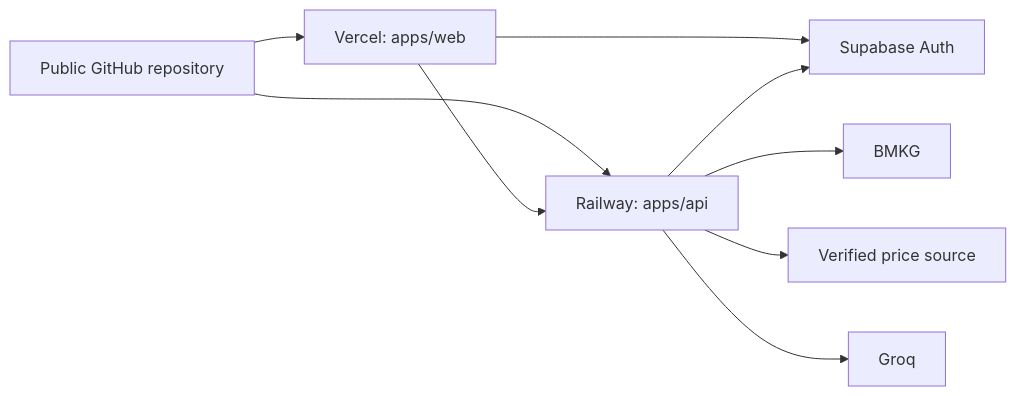
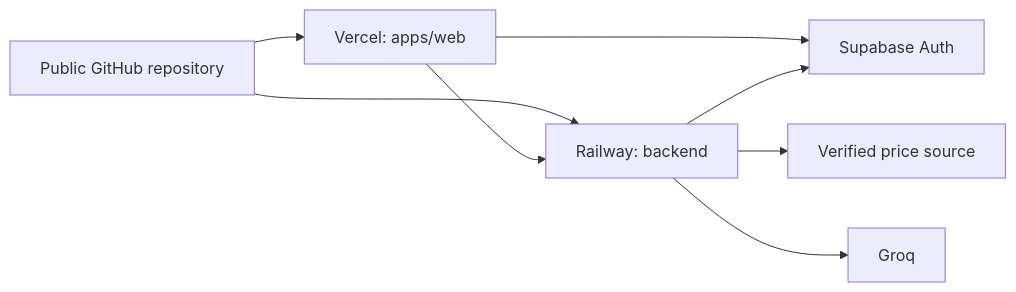
One commit to Nevanoz/SeasonWise changed the fifth of 5 diagrams in docs/PROJECT_BLUEPRINT.md. Above: the diagram before and after it, drawn with Mermaid. The commit also changed other lines of this file and 63 other files, not shown here.

````diff
--- a/docs/PROJECT_BLUEPRINT.md
+++ b/docs/PROJECT_BLUEPRINT.md
@@ -281,11 +270,10 @@
 ```mermaid
 flowchart LR
   GH["Public GitHub repository"] --> V["Vercel: apps/web"]
-  GH --> RW["Railway: apps/api"]
+  GH --> RW["Railway: backend"]
   V --> RW
   V --> SB["Supabase Auth"]
   RW --> SB
-  RW --> BM["BMKG"]
   RW --> BP["Verified price source"]
   RW --> GR["Groq"]
 ```
````
